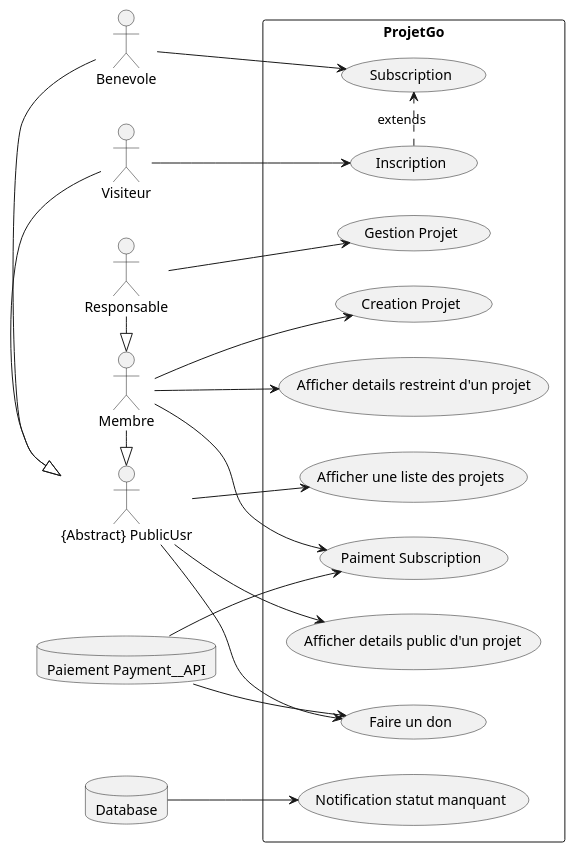
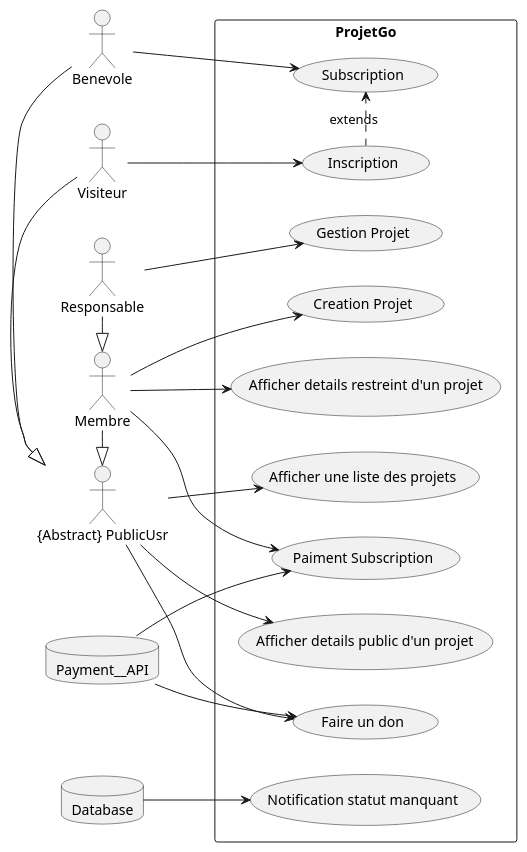
The first of 2 diagrams in usecase-diagram.wsd (feanPelix/projetgo), drawn with PlantUML before and after one commit.

Commit message:
Rename payment API actor

```diff
--- a/usecase-diagram.wsd
+++ b/usecase-diagram.wsd
@@ -1,47 +1,47 @@
 @startuml ProjetGo
 left to right direction
 :Responsable:
 :Membre:
 :Benevole:
 :Visiteur:
 :{Abstract} PublicUsr: as public
 
 Membre -|> public
 Benevole -|> public
 Visiteur -|> public
 Responsable -|> Membre
 
 database "Database" as Db
-database "Paiement Payment__API" as Payment__API
+database "Payment__API" as Payment__API
 
 rectangle ProjetGo {
   Visiteur --> (Inscription)
   Benevole --> (Subscription)
   Inscription .> (Subscription) : extends
 
   (Paiment Subscription) as SubFee
   Membre --> SubFee
   Payment__API --> SubFee
   
   Membre --> (Creation Projet)
 
   Responsable --> (Gestion Projet)
 
   (Afficher une liste des projets) as ListeProjet
   public --> ListeProjet
 
   (Afficher details public d'un projet) as AccesPublic
   public --> AccesPublic
   
   (Afficher details restreint d'un projet) as AccesRestreint
   Membre --> AccesRestreint
 
   (Notification statut manquant) as Notify
   Db --> Notify
 
   (Faire un don) as Don
   public --> Don
   Payment__API --> Don
 
 }
 @enduml
```
